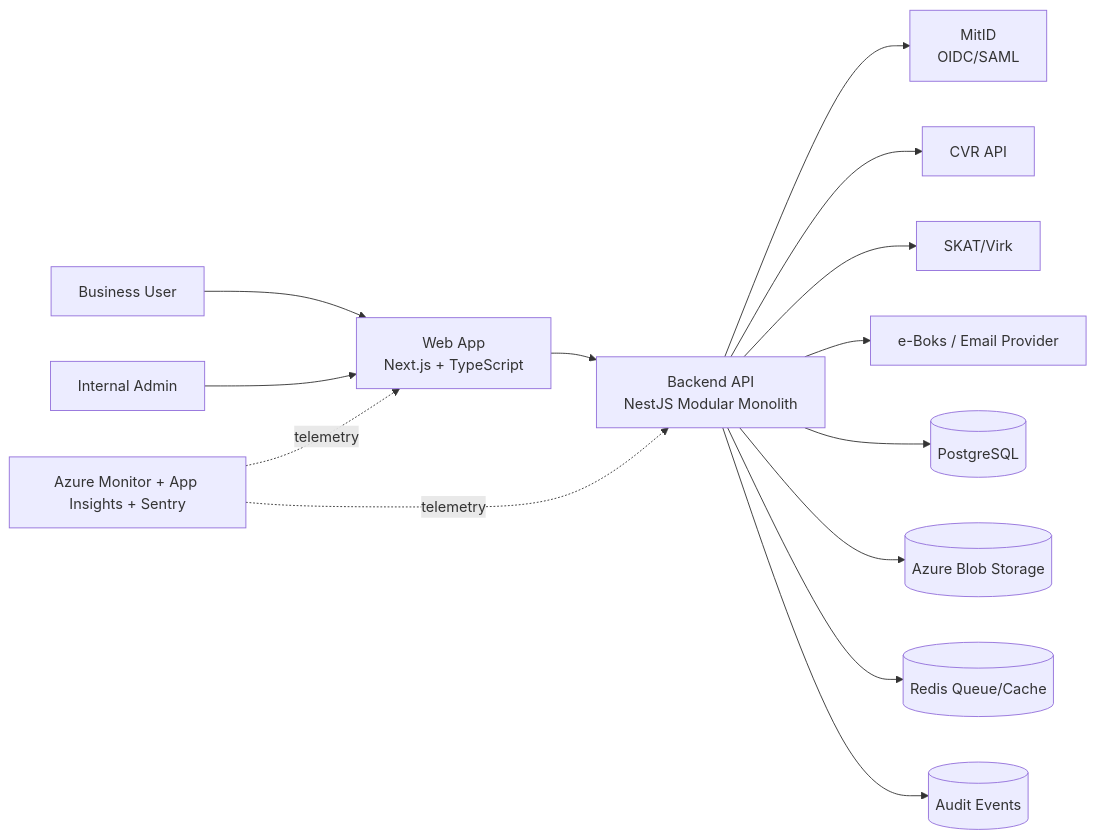
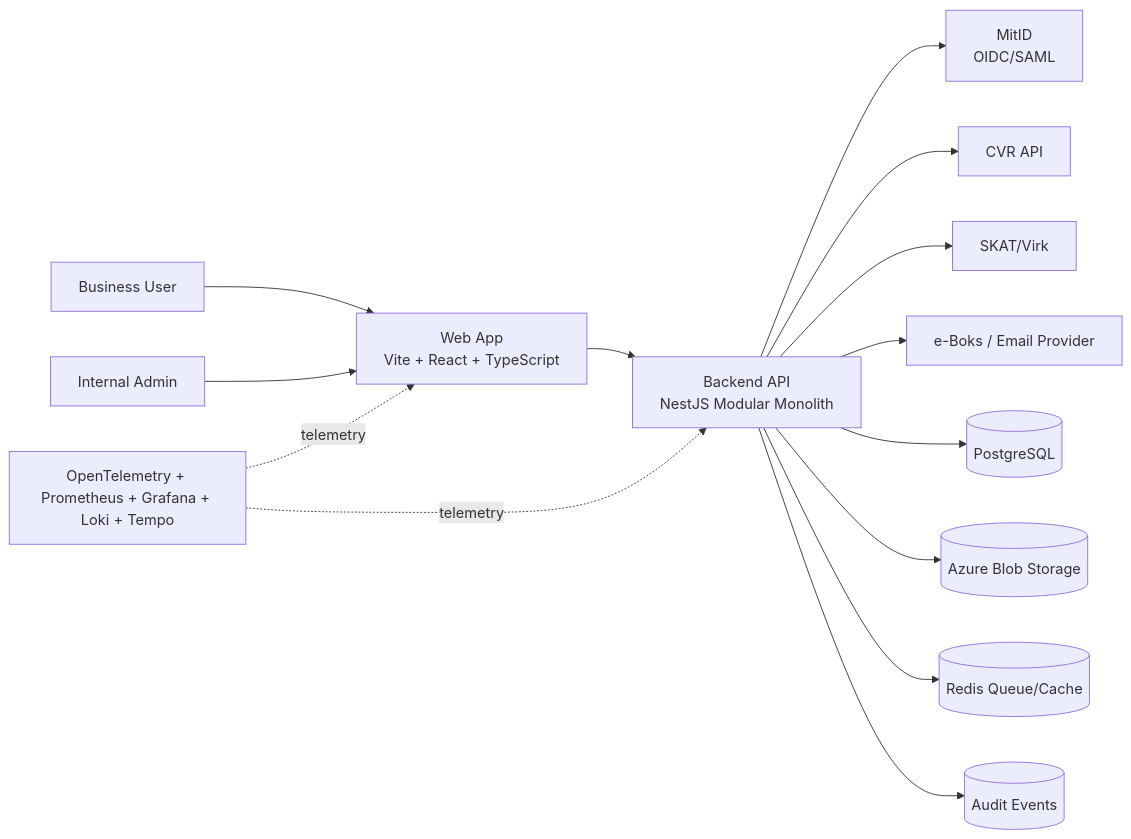
One commit to SVESSENC/VATfolder changed the diagram in docs/diagrams/01-system-context.md. Above: the diagram before and after it, drawn with Mermaid. The commit also changed 36 other files, not shown here.

````diff
--- a/docs/diagrams/01-system-context.md
+++ b/docs/diagrams/01-system-context.md
@@ -3,20 +3,20 @@
 ```mermaid
 flowchart LR
-  U[Business User] --> FE[Web App\nNext.js + TypeScript]
+  U[Business User] --> FE[Web App\nVite + React + TypeScript]
   ADM[Internal Admin] --> FE
 
   FE --> API[Backend API\nNestJS Modular Monolith]
 
   API --> MITID[MitID\nOIDC/SAML]
   API --> CVR[CVR API]
   API --> SKAT[SKAT/Virk]
   API --> NOTIF[e-Boks / Email Provider]
 
   API --> PG[(PostgreSQL)]
   API --> BLOB[(Azure Blob Storage)]
   API --> REDIS[(Redis Queue/Cache)]
   API --> AUDIT[(Audit Events)]
 
-  OBS[Azure Monitor + App Insights + Sentry] -. telemetry .-> API
+  OBS[OpenTelemetry + Prometheus + Grafana + Loki + Tempo] -. telemetry .-> API
   OBS -. telemetry .-> FE
 ```
````
